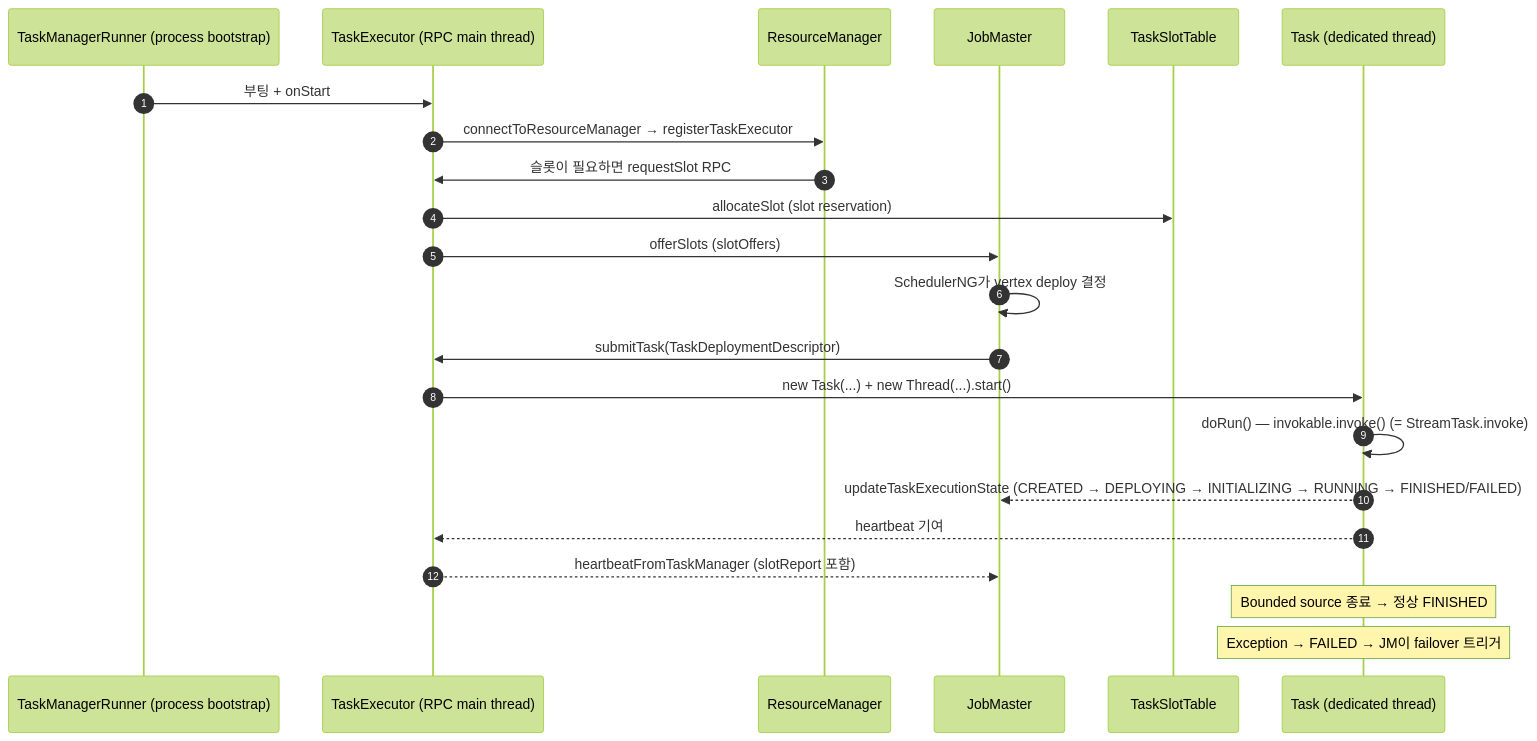
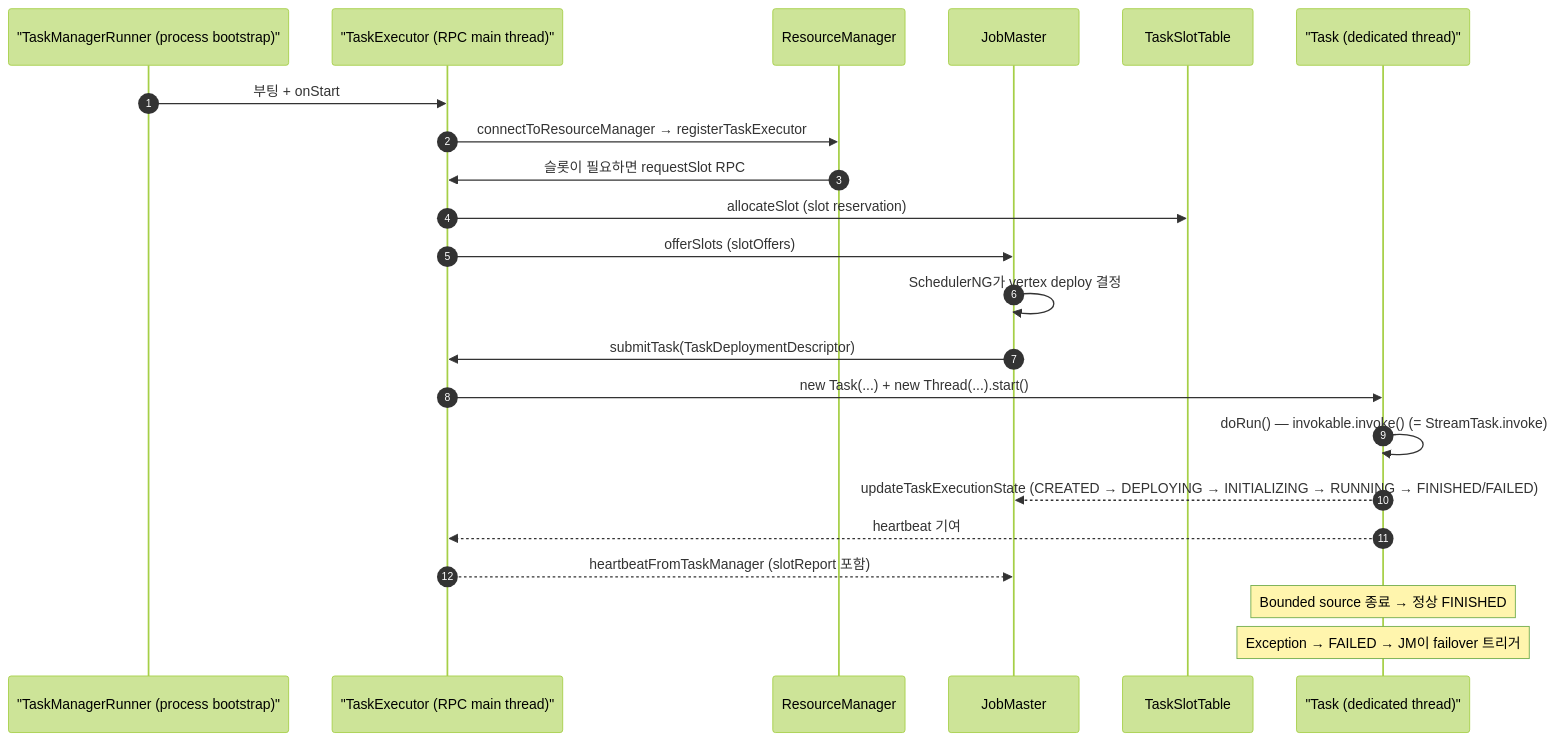
One commit to pinwheel-m83/flink changed the diagram in dkdocs/04-runtime-architecture/04-task-executor.md. Above: the diagram before and after it, drawn with Mermaid (forest theme). The commit also changed 9 other files, not shown here.

First line of the commit message:
dkdocs: fix mermaid sequenceDiagram syntax — quote participant alias + escape <Type>

````diff
--- a/dkdocs/04-runtime-architecture/04-task-executor.md
+++ b/dkdocs/04-runtime-architecture/04-task-executor.md
@@ -48,25 +48,25 @@
 ```mermaid
 sequenceDiagram
     autonumber
-    participant TM as TaskManagerRunner (process bootstrap)
-    participant TE as TaskExecutor (RPC main thread)
+    participant TM as "TaskManagerRunner (process bootstrap)"
+    participant TE as "TaskExecutor (RPC main thread)"
     participant RM as ResourceManager
     participant JM as JobMaster
     participant Slot as TaskSlotTable
-    participant Task as Task (dedicated thread)
+    participant Task as "Task (dedicated thread)"
 
     TM->>TE: 부팅 + onStart
     TE->>RM: connectToResourceManager → registerTaskExecutor
     RM->>TE: 슬롯이 필요하면 requestSlot RPC
     TE->>Slot: allocateSlot (slot reservation)
     TE->>JM: offerSlots (slotOffers)
     JM->>JM: SchedulerNG가 vertex deploy 결정
     JM->>TE: submitTask(TaskDeploymentDescriptor)
     TE->>Task: new Task(...) + new Thread(...).start()
     Task->>Task: doRun() — invokable.invoke() (= StreamTask.invoke)
     Task-->>JM: updateTaskExecutionState (CREATED → DEPLOYING → INITIALIZING → RUNNING → FINISHED/FAILED)
     Task-->>TE: heartbeat 기여
     TE-->>JM: heartbeatFromTaskManager (slotReport 포함)
     Note over Task: Bounded source 종료 → 정상 FINISHED
     Note over Task: Exception → FAILED → JM이 failover 트리거
 ```
````
